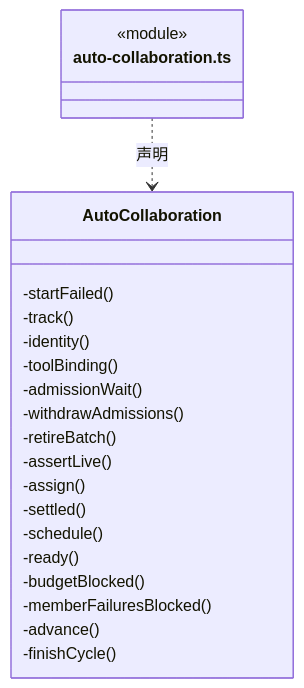
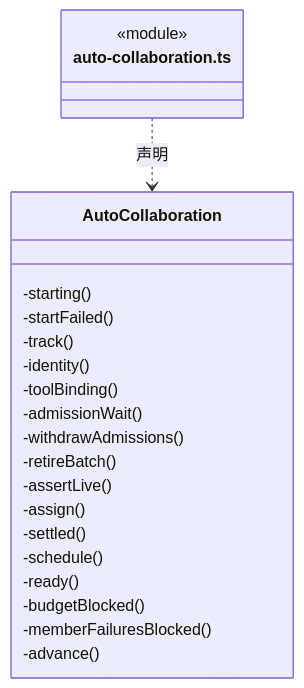
The third of 15 diagrams in src/logic/dispatch/runtime/ARCHITECTURE.md (nan023062/cbim), drawn with Mermaid before and after one commit. The commit also changed other lines of this file and 139 other files, not shown here.

Commit message:
docs(architecture): add source reading paths and complete file inventories

````diff
--- a/src/logic/dispatch/runtime/ARCHITECTURE.md
+++ b/src/logic/dispatch/runtime/ARCHITECTURE.md
@@ -133,25 +137,25 @@
 ```mermaid
 classDiagram
 class N_src_logic_dispatch_runtime_auto_collaboration_ts["auto-collaboration.ts"] {
   <<module>>
 }
 class N_src_logic_dispatch_runtime_auto_collaboration_ts_AutoCollaboration["AutoCollaboration"] {
+  -starting()
   -startFailed()
   -track()
   -identity()
   -toolBinding()
   -admissionWait()
   -withdrawAdmissions()
   -retireBatch()
   -assertLive()
   -assign()
   -settled()
   -schedule()
   -ready()
   -budgetBlocked()
   -memberFailuresBlocked()
   -advance()
-  -finishCycle()
 }
 N_src_logic_dispatch_runtime_auto_collaboration_ts ..> N_src_logic_dispatch_runtime_auto_collaboration_ts_AutoCollaboration : 声明
 ```
````
